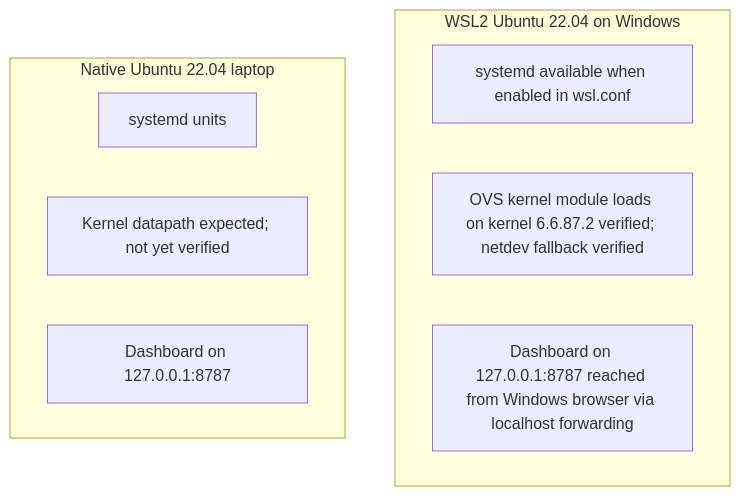
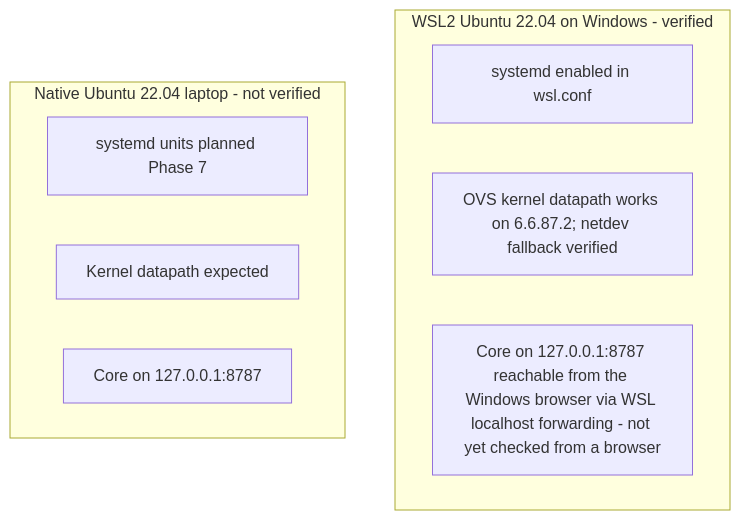
One commit to RKG765/flowguard changed the fourth of 6 diagrams in ARCHITECTURE.md. Above: the diagram before and after it, drawn with Mermaid. The commit also changed other lines of this file and 50 other files, not shown here.

First line of the commit message:
Phase 2: core service (API, storage, auth, audit) fed live by the engine

````diff
--- a/ARCHITECTURE.md
+++ b/ARCHITECTURE.md
@@ -73,13 +143,13 @@
 ```mermaid
 flowchart TB
-  subgraph W[WSL2 Ubuntu 22.04 on Windows]
-    W1[systemd available when enabled in wsl.conf]
-    W2[OVS kernel module loads on kernel 6.6.87.2 verified; netdev fallback verified]
-    W3[Dashboard on 127.0.0.1:8787 reached from Windows browser via localhost forwarding]
+  subgraph W[WSL2 Ubuntu 22.04 on Windows - verified]
+    W1[systemd enabled in wsl.conf]
+    W2[OVS kernel datapath works on 6.6.87.2; netdev fallback verified]
+    W3[Core on 127.0.0.1:8787 reachable from the Windows browser via WSL localhost forwarding - not yet checked from a browser]
   end
-  subgraph N[Native Ubuntu 22.04 laptop]
-    N1[systemd units]
-    N2[Kernel datapath expected; not yet verified]
-    N3[Dashboard on 127.0.0.1:8787]
+  subgraph N[Native Ubuntu 22.04 laptop - not verified]
+    N1[systemd units planned Phase 7]
+    N2[Kernel datapath expected]
+    N3[Core on 127.0.0.1:8787]
   end
 ```
````
